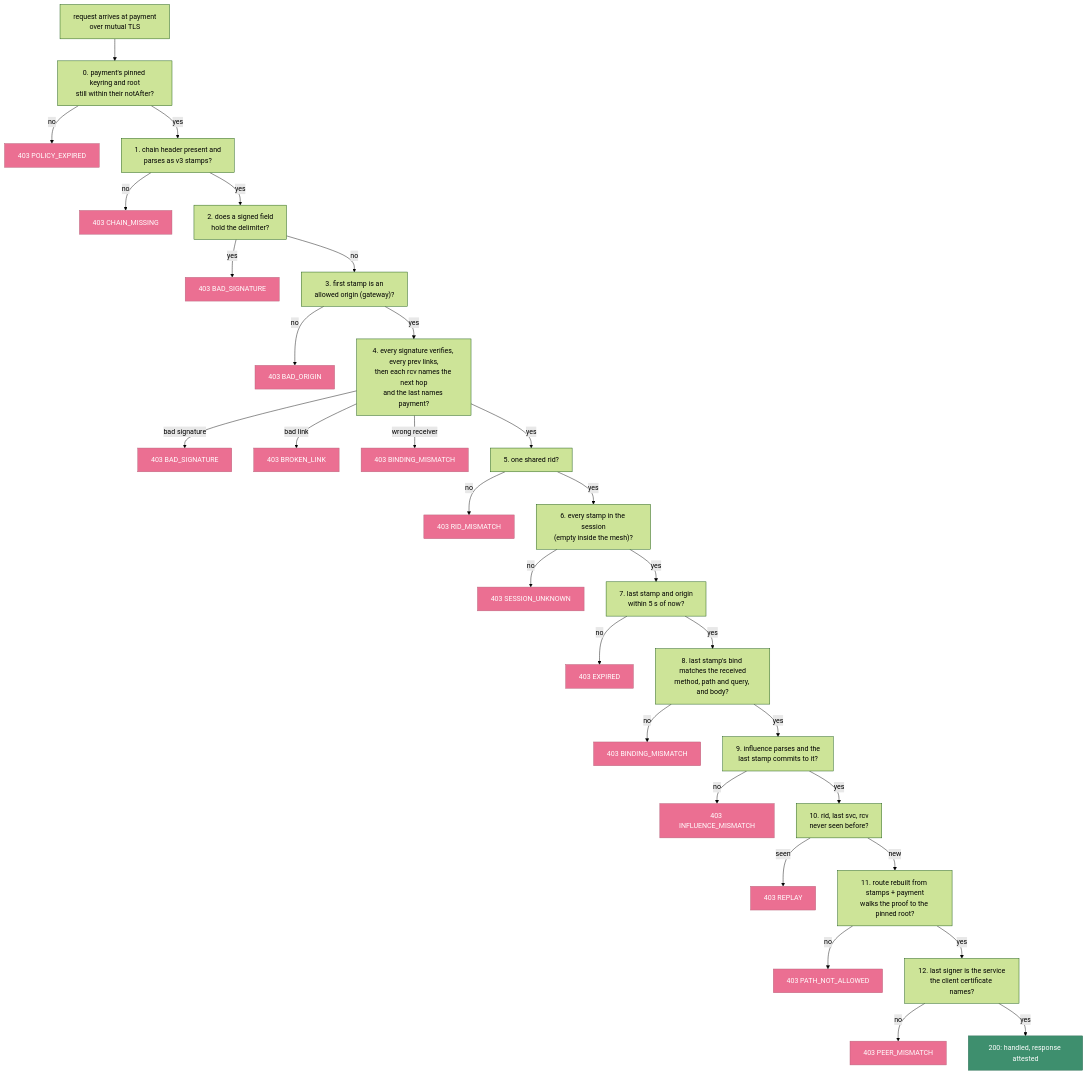
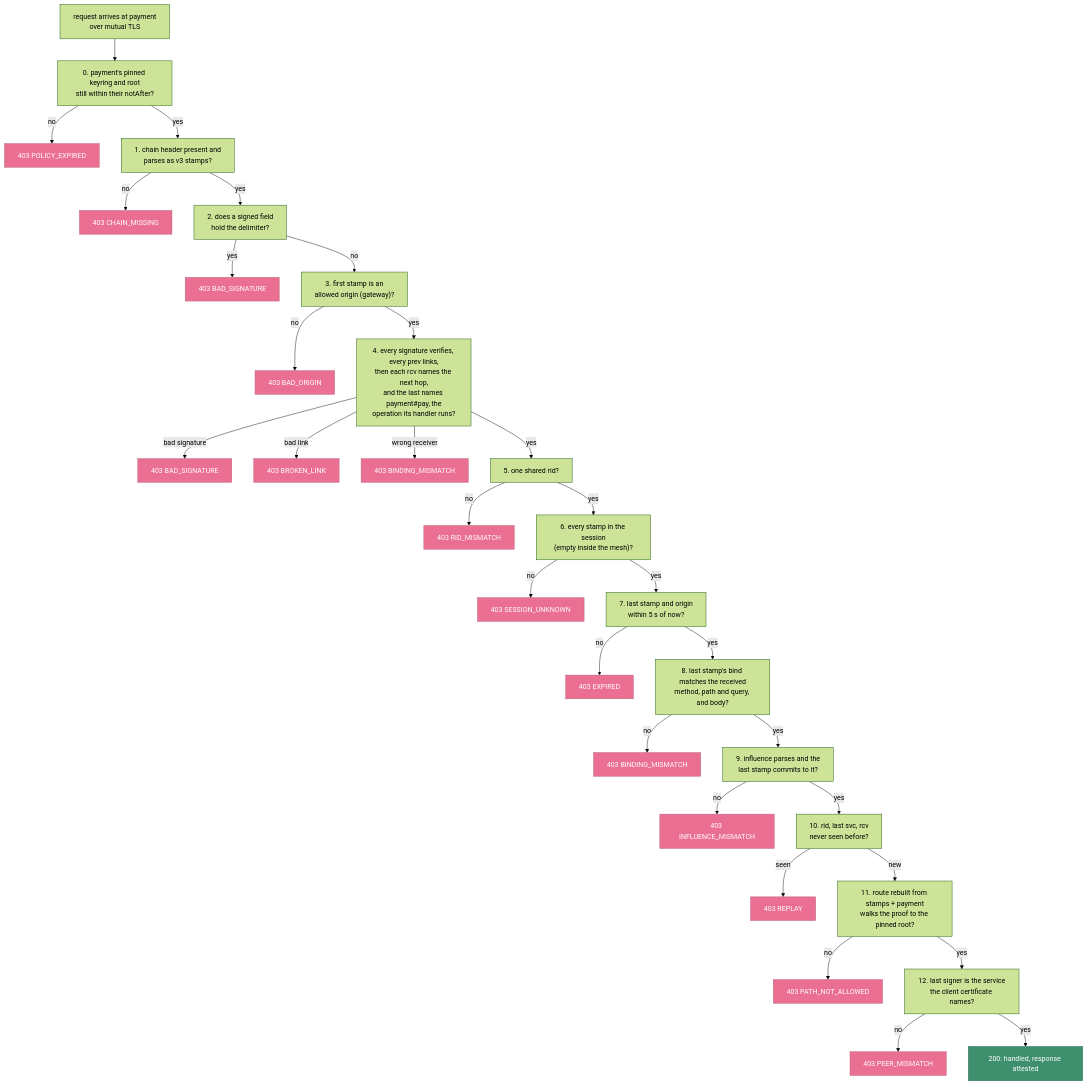
The fifth of 7 diagrams in poc-demos/java-mesh/README.md (dumbsly/paztport), drawn with Mermaid (forest theme) before and after one commit. The commit also changed other lines of this file and 3 other files, not shown here.

````diff
--- a/poc-demos/java-mesh/README.md
+++ b/poc-demos/java-mesh/README.md
@@ -382,37 +379,37 @@
 ```mermaid
 flowchart TD
     A["request arrives at payment<br/>over mutual TLS"] --> S0["0. payment's pinned keyring and root<br/>still within their notAfter?"]
     S0 -->|no| R0["403 POLICY_EXPIRED"]
     S0 -->|yes| S1["1. chain header present and<br/>parses as v3 stamps?"]
     S1 -->|no| R1["403 CHAIN_MISSING"]
     S1 -->|yes| S2["2. does a signed field<br/>hold the delimiter?"]
     S2 -->|yes| R2["403 BAD_SIGNATURE"]
     S2 -->|no| S3["3. first stamp is an<br/>allowed origin (gateway)?"]
     S3 -->|no| R3["403 BAD_ORIGIN"]
-    S3 -->|yes| S4["4. every signature verifies, every prev links,<br/>then each rcv names the next hop<br/>and the last names payment?"]
+    S3 -->|yes| S4["4. every signature verifies, every prev links,<br/>then each rcv names the next hop,<br/>and the last names payment#pay, the<br/>operation its handler runs?"]
     S4 -->|bad signature| R4a["403 BAD_SIGNATURE"]
     S4 -->|bad link| R4b["403 BROKEN_LINK"]
     S4 -->|wrong receiver| R4c["403 BINDING_MISMATCH"]
     S4 -->|yes| S5["5. one shared rid?"]
     S5 -->|no| R5["403 RID_MISMATCH"]
     S5 -->|yes| S6["6. every stamp in the session<br/>(empty inside the mesh)?"]
     S6 -->|no| R6["403 SESSION_UNKNOWN"]
     S6 -->|yes| S7["7. last stamp and origin<br/>within 5 s of now?"]
     S7 -->|no| R7["403 EXPIRED"]
     S7 -->|yes| S8["8. last stamp's bind matches the received<br/>method, path and query, and body?"]
     S8 -->|no| R8["403 BINDING_MISMATCH"]
     S8 -->|yes| S9["9. influence parses and the<br/>last stamp commits to it?"]
     S9 -->|no| R9["403 INFLUENCE_MISMATCH"]
     S9 -->|yes| S10["10. rid, last svc, rcv<br/>never seen before?"]
     S10 -->|seen| R10["403 REPLAY"]
     S10 -->|new| S11["11. route rebuilt from stamps + payment<br/>walks the proof to the pinned root?"]
     S11 -->|no| R11["403 PATH_NOT_ALLOWED"]
     S11 -->|yes| S12["12. last signer is the service<br/>the client certificate names?"]
     S12 -->|no| R12["403 PEER_MISMATCH"]
     S12 -->|yes| OK["200: handled, response attested"]
 
     classDef reject fill:#eb6f92,stroke:#b4637a,color:#ffffff
     classDef pass fill:#3e8f6e,stroke:#2a6b52,color:#ffffff
     class R0,R1,R2,R3,R4a,R4b,R4c,R5,R6,R7,R8,R9,R10,R11,R12 reject
     class OK pass
 ```
````
